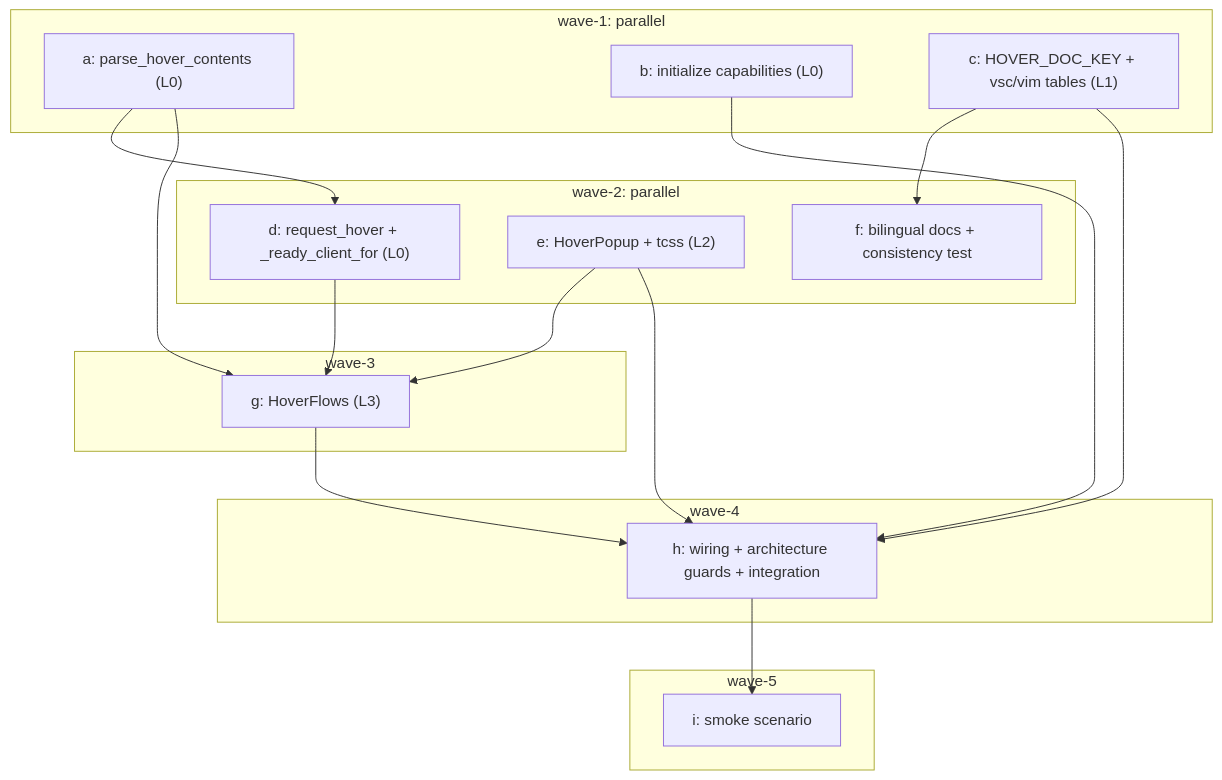
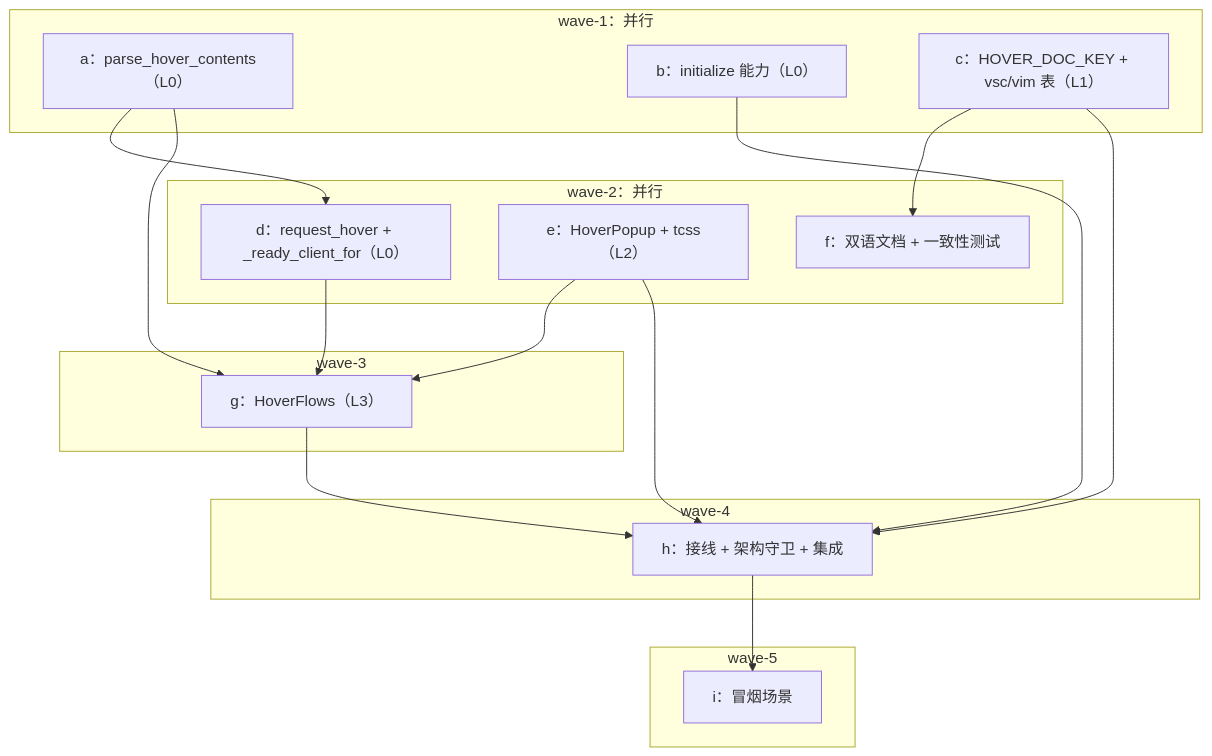
Before and after one commit to BigThxBrigde/yate: the diagram in .trae/documents/lsp-hover-docs-plans/overview.md, drawn with Mermaid. The commit also changed other lines of this file and 79 other files, not shown here.

````diff
--- a/.trae/documents/lsp-hover-docs-plans/overview.md
+++ b/.trae/documents/lsp-hover-docs-plans/overview.md
@@ -65,32 +42,32 @@
 ```mermaid
 flowchart TD
-    subgraph W1["wave-1: parallel"]
-        A["a: parse_hover_contents (L0)"]
-        B["b: initialize capabilities (L0)"]
-        C["c: HOVER_DOC_KEY + vsc/vim tables (L1)"]
+    subgraph W1["wave-1：并行"]
+        A["a：parse_hover_contents（L0）"]
+        B["b：initialize 能力（L0）"]
+        C["c：HOVER_DOC_KEY + vsc/vim 表（L1）"]
     end
-    subgraph W2["wave-2: parallel"]
-        D["d: request_hover + _ready_client_for (L0)"]
-        E["e: HoverPopup + tcss (L2)"]
-        F["f: bilingual docs + consistency test"]
+    subgraph W2["wave-2：并行"]
+        D["d：request_hover + _ready_client_for（L0）"]
+        E["e：HoverPopup + tcss（L2）"]
+        F["f：双语文档 + 一致性测试"]
     end
     subgraph W3["wave-3"]
-        G["g: HoverFlows (L3)"]
+        G["g：HoverFlows（L3）"]
     end
     subgraph W4["wave-4"]
-        H["h: wiring + architecture guards + integration"]
+        H["h：接线 + 架构守卫 + 集成"]
     end
     subgraph W5["wave-5"]
-        I["i: smoke scenario"]
+        I["i：冒烟场景"]
     end
     A --> D
     A --> G
     C --> F
     C --> H
     B --> H
     D --> G
     E --> G
     E --> H
     G --> H
     H --> I
 ```
````
